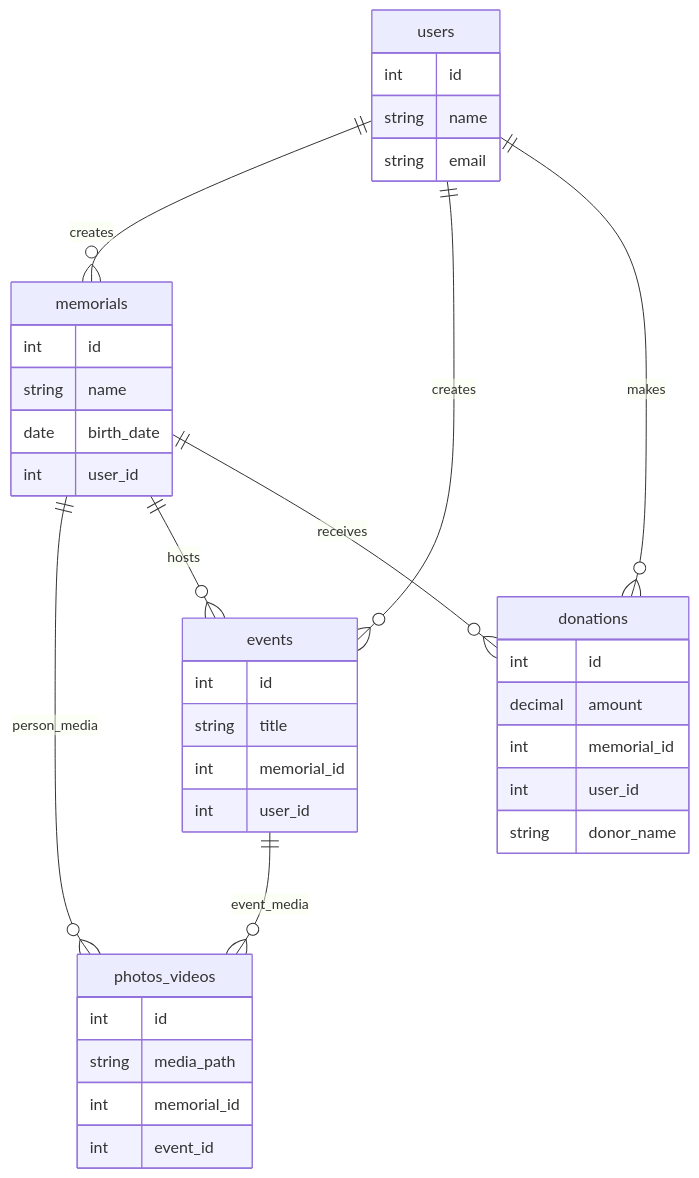
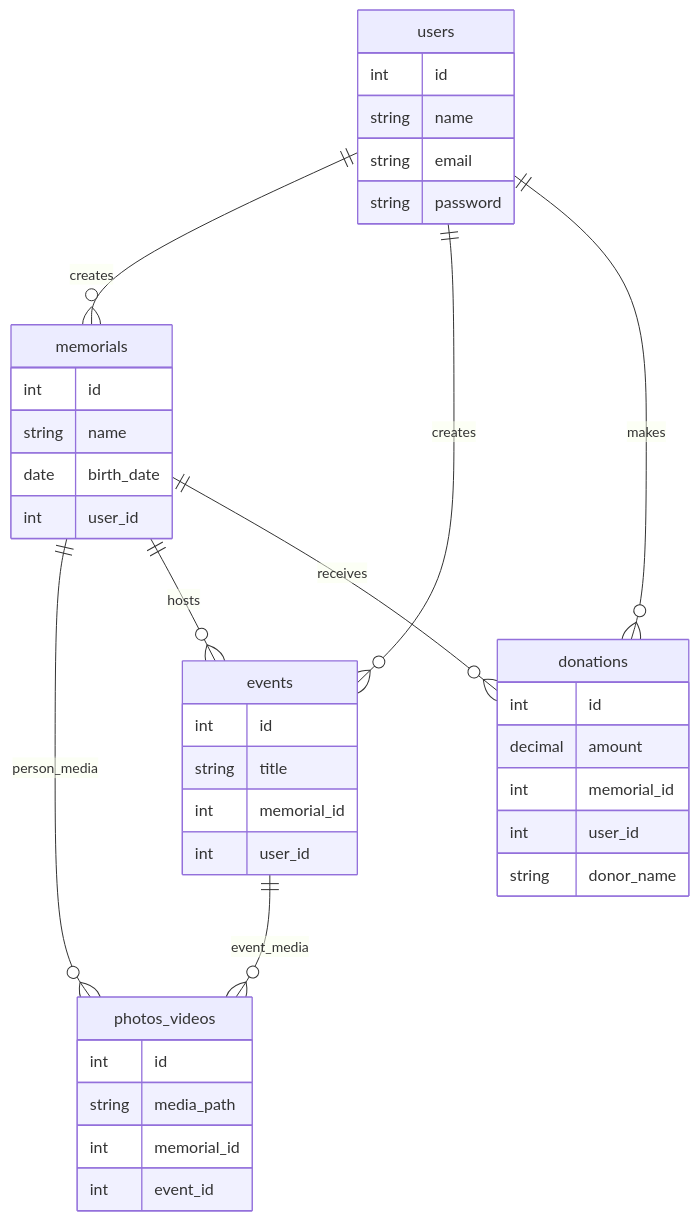
Before and after one commit to Hasan-Atwi/capstoneweb: the diagram in README.md, drawn with Mermaid.

Commit message:
added hashed password

````diff
--- a/README.md
+++ b/README.md
@@ -5,45 +5,46 @@
 ```mermaid
 erDiagram
     users ||--o{ memorials : "creates"
     users ||--o{ events : "creates"
     users ||--o{ donations : "makes"
     memorials ||--o{ photos_videos : "person_media"
     events ||--o{ photos_videos : "event_media"
     memorials ||--o{ events : "hosts"
     memorials ||--o{ donations : "receives"
 
     users {
         int id
         string name
         string email
+        string password
     }
 
     memorials {
         int id
         string name
         date birth_date
         int user_id
     }
 
     photos_videos {
         int id
         string media_path
         int memorial_id
         int event_id
     }
 
     events {
         int id
         string title
         int memorial_id
         int user_id
     }
 
     donations {
         int id
         decimal amount
         int memorial_id
         int user_id
         string donor_name
     }
 ```
````
